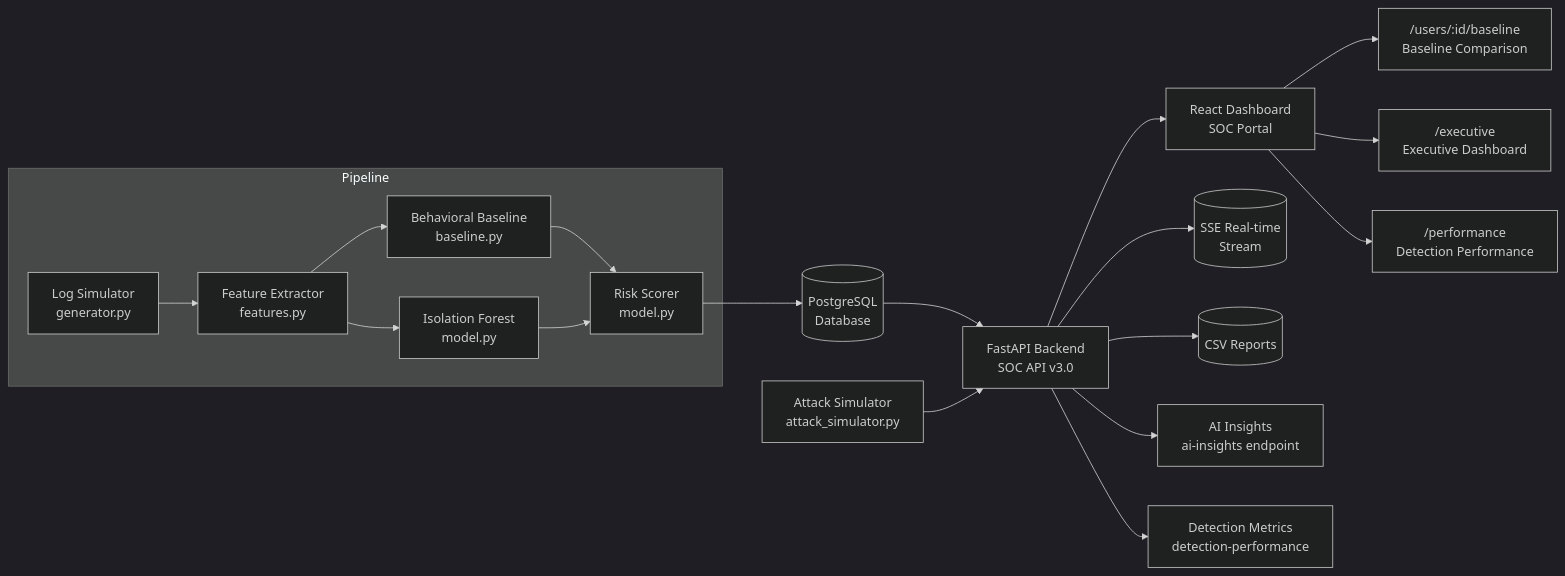
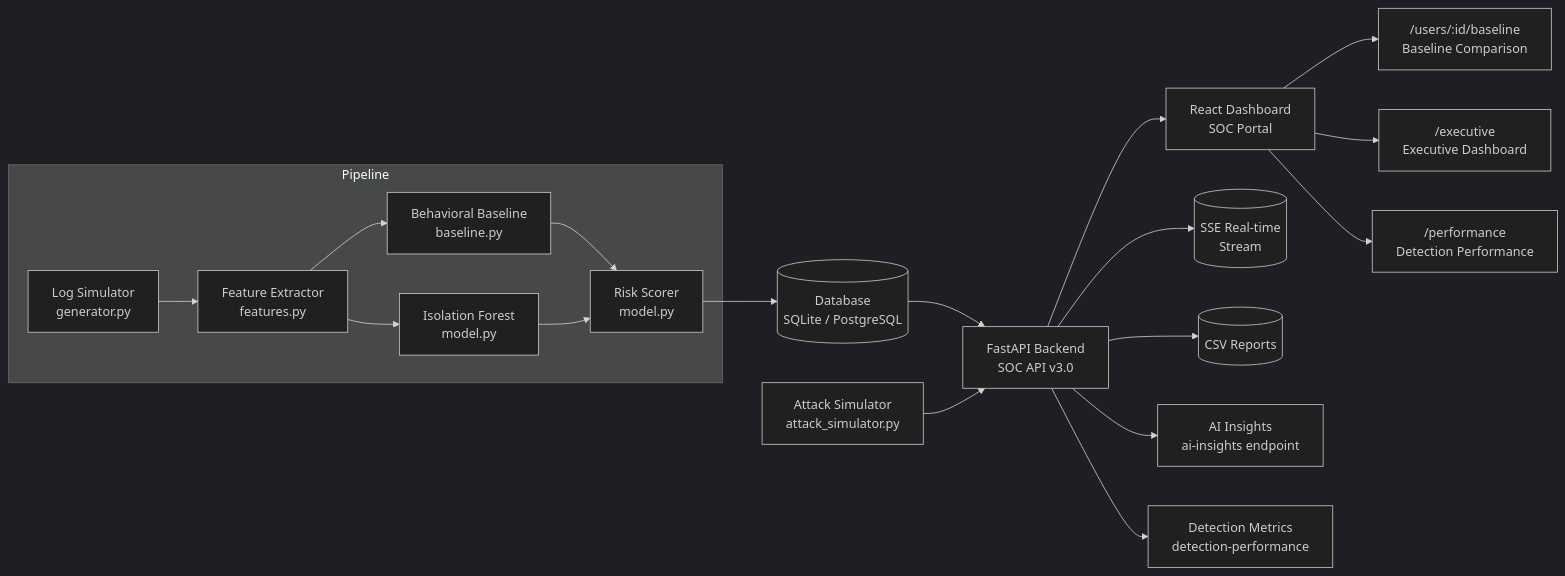
The diagram in README.md (tejas20s/autonomous-threat-hunter), drawn with Mermaid (dark theme) before and after one commit. The commit also changed other lines of this file, not shown here.

````diff
--- a/README.md
+++ b/README.md
@@ -5,21 +5,21 @@
 ```mermaid
 flowchart LR
     subgraph Pipeline
         A["Log Simulator<br/>generator.py"] --> B["Feature Extractor<br/>features.py"]
         B --> C["Behavioral Baseline<br/>baseline.py"]
         B --> D["Isolation Forest<br/>model.py"]
         C --> E["Risk Scorer<br/>model.py"]
         D --> E
     end
-    E --> F[("PostgreSQL<br/>Database")]
+    E --> F[("Database<br/>SQLite / PostgreSQL")]
     F --> G["FastAPI Backend<br/>SOC API v3.0"]
     G --> H["React Dashboard<br/>SOC Portal"]
     G --> I[("SSE Real-time<br/>Stream")]
     K["Attack Simulator<br/>attack_simulator.py"] --> G
     G --> J[("CSV Reports")]
     G --> L["AI Insights<br/>ai-insights endpoint"]
     G --> M["Detection Metrics<br/>detection-performance"]
     H --> N["/users/:id/baseline<br/>Baseline Comparison"]
     H --> O["/executive<br/>Executive Dashboard"]
     H --> P["/performance<br/>Detection Performance"]
 ```
````
